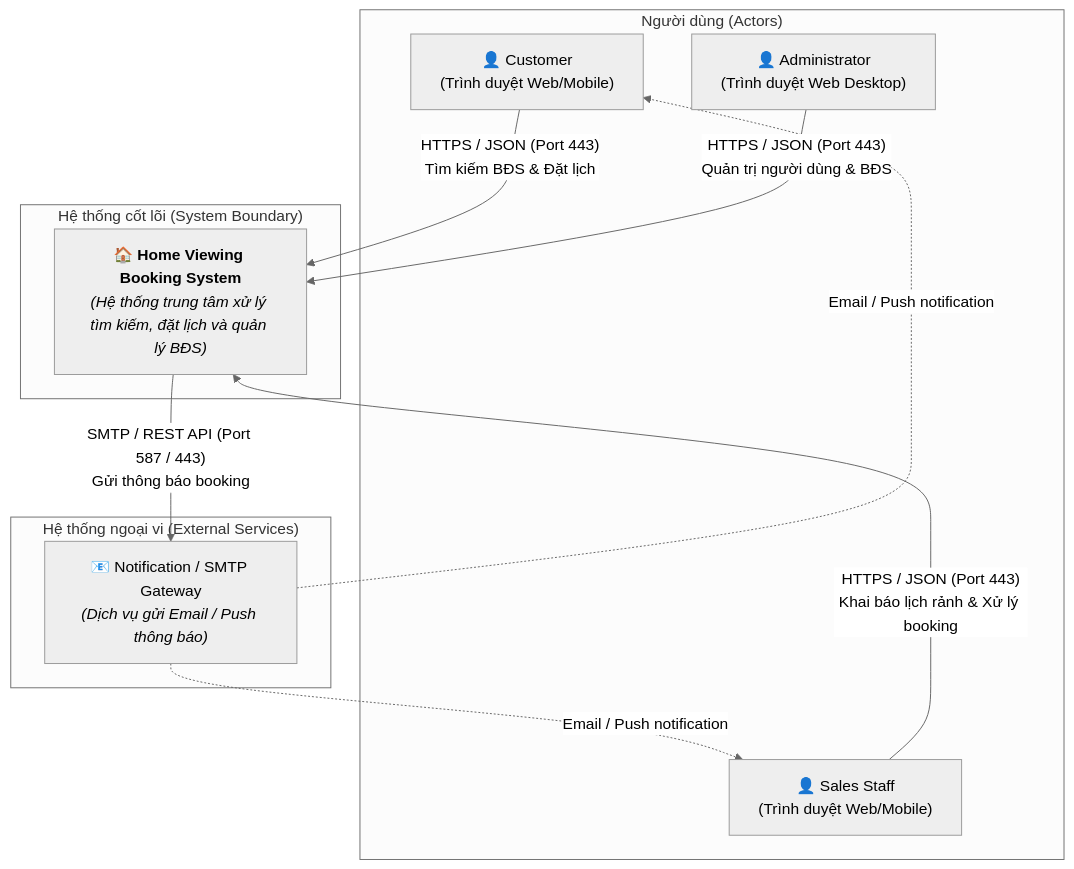
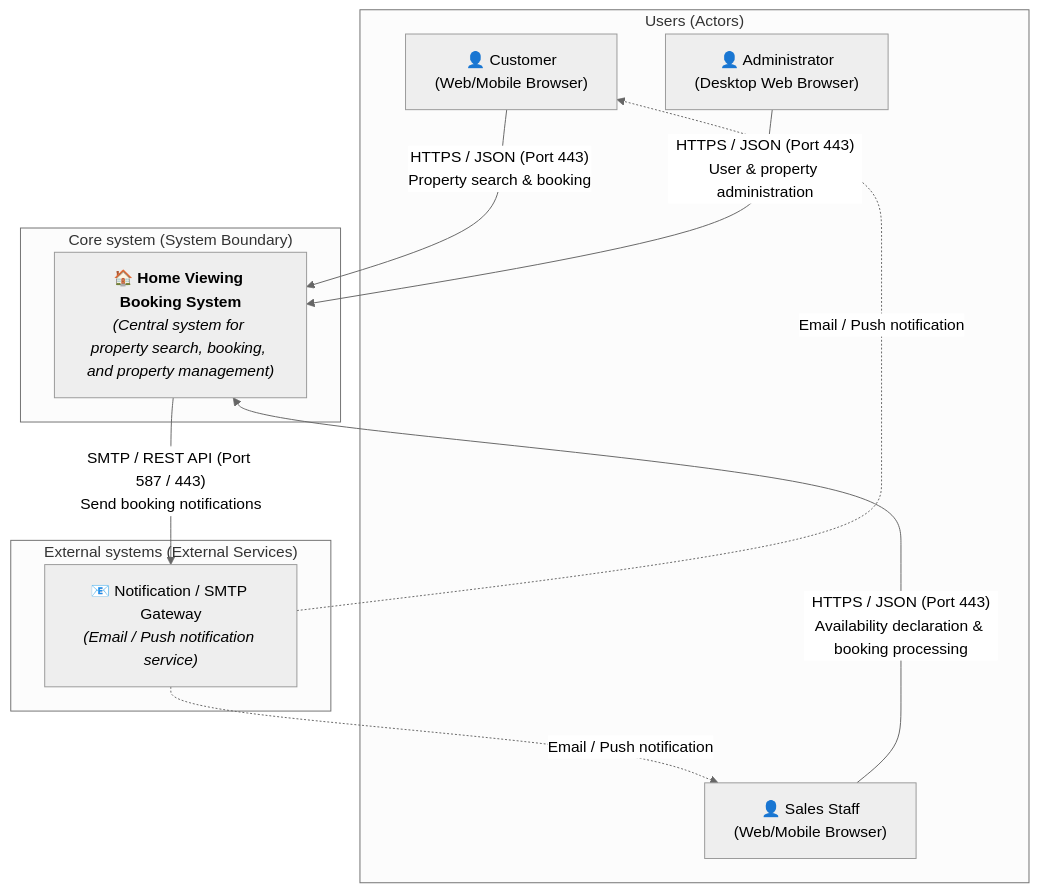
Before and after one commit to Datthachban12345/day1_tts: the second of 7 diagrams in docs/architecture-arc42.md, drawn with Mermaid (neutral theme). The commit also changed other lines of this file and 1 other file, not shown here.

````diff
--- a/docs/architecture-arc42.md
+++ b/docs/architecture-arc42.md
@@ -77,24 +77,24 @@
 ```mermaid
 flowchart TB
-    subgraph Actors ["Người dùng (Actors)"]
-        Customer["👤 Customer<br/>(Trình duyệt Web/Mobile)"]
-        Sales["👤 Sales Staff<br/>(Trình duyệt Web/Mobile)"]
-        Admin["👤 Administrator<br/>(Trình duyệt Web Desktop)"]
+    subgraph Actors ["Users (Actors)"]
+        Customer["👤 Customer<br/>(Web/Mobile Browser)"]
+        Sales["👤 Sales Staff<br/>(Web/Mobile Browser)"]
+        Admin["👤 Administrator<br/>(Desktop Web Browser)"]
     end
 
-    subgraph SystemBlackBox ["Hệ thống cốt lõi (System Boundary)"]
-        HVBS["🏠 <b>Home Viewing Booking System</b><br/><i>(Hệ thống trung tâm xử lý tìm kiếm, đặt lịch và quản lý BĐS)</i>"]
+    subgraph SystemBlackBox ["Core system (System Boundary)"]
+        HVBS["🏠 <b>Home Viewing Booking System</b><br/><i>(Central system for property search, booking, and property management)</i>"]
     end
 
-    subgraph ExternalSystems ["Hệ thống ngoại vi (External Services)"]
-        EmailService["📧 Notification / SMTP Gateway<br/><i>(Dịch vụ gửi Email / Push thông báo)</i>"]
+    subgraph ExternalSystems ["External systems (External Services)"]
+        EmailService["📧 Notification / SMTP Gateway<br/><i>(Email / Push notification service)</i>"]
     end
 
-    Customer -->|"HTTPS / JSON (Port 443)<br/>Tìm kiếm BĐS & Đặt lịch"| HVBS
-    Sales -->|"HTTPS / JSON (Port 443)<br/>Khai báo lịch rảnh & Xử lý booking"| HVBS
-    Admin -->|"HTTPS / JSON (Port 443)<br/>Quản trị người dùng & BĐS"| HVBS
+    Customer -->|"HTTPS / JSON (Port 443)<br/>Property search & booking"| HVBS
+    Sales -->|"HTTPS / JSON (Port 443)<br/>Availability declaration & booking processing"| HVBS
+    Admin -->|"HTTPS / JSON (Port 443)<br/>User & property administration"| HVBS
 
-    HVBS -->|"SMTP / REST API (Port 587 / 443)<br/>Gửi thông báo booking"| EmailService
+    HVBS -->|"SMTP / REST API (Port 587 / 443)<br/>Send booking notifications"| EmailService
     EmailService -.->|"Email / Push notification"| Customer
     EmailService -.->|"Email / Push notification"| Sales
 ```
````
